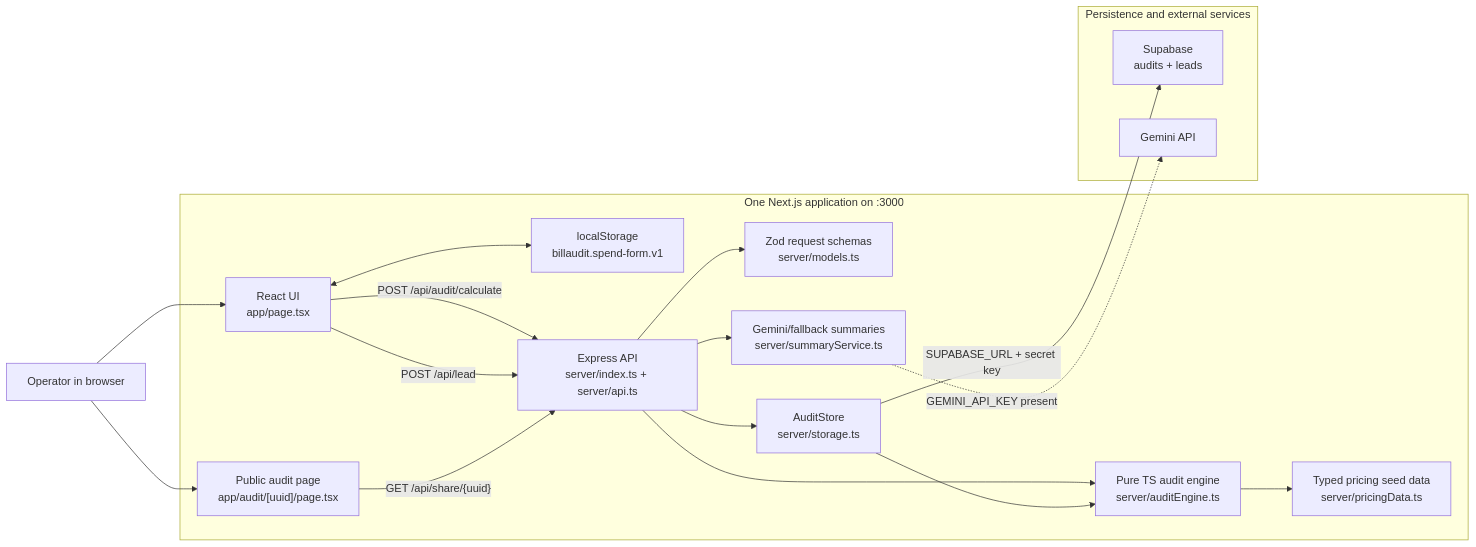
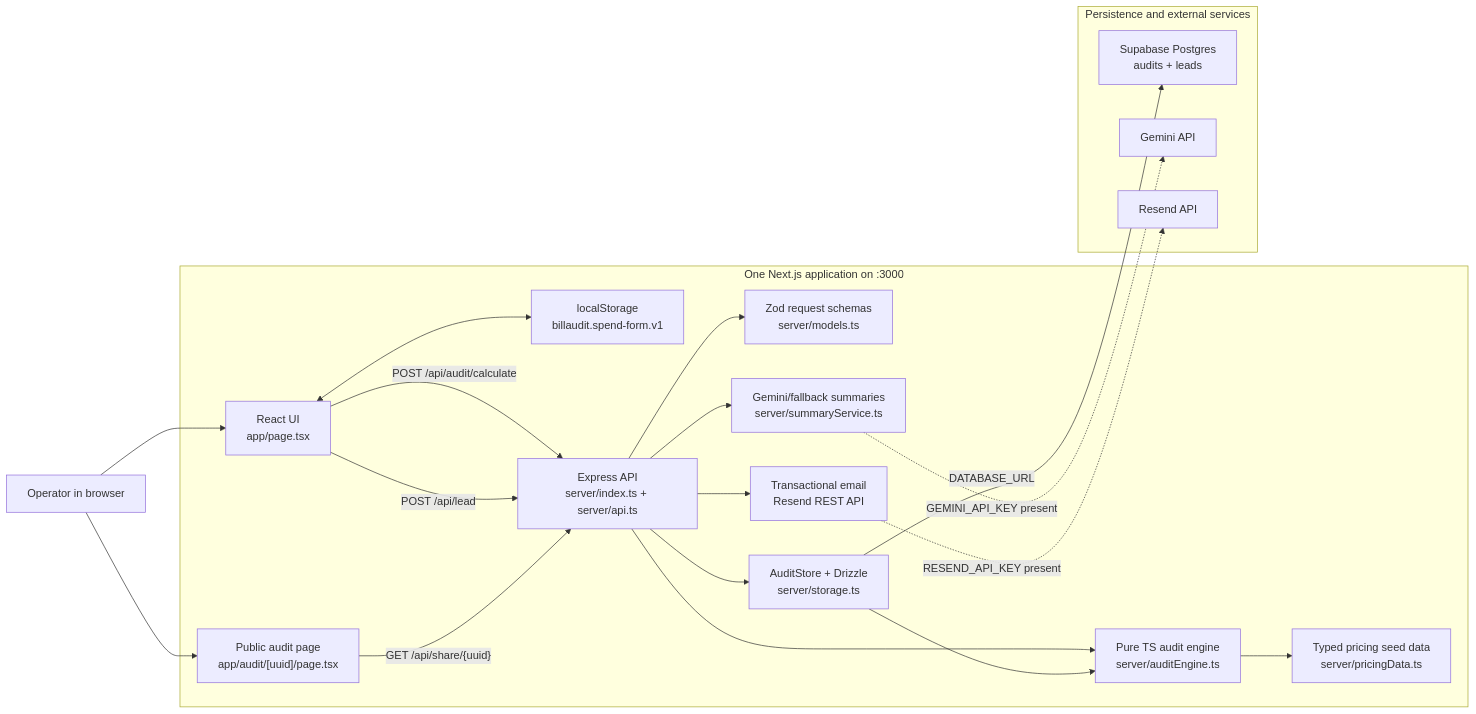
Before and after one commit to Feynmunh/BillAudit.ai: the diagram in docs/ARCHITECTURE.md, drawn with Mermaid. The commit also changed other lines of this file and 20 other files, not shown here.

First line of the commit message:
Migrate persistence to Drizzle/Postgres and add email

````diff
--- a/docs/ARCHITECTURE.md
+++ b/docs/ARCHITECTURE.md
@@ -7,36 +7,40 @@
 ```mermaid
 flowchart LR
     User["Operator in browser"]
 
     subgraph App["One Next.js application on :3000"]
         ReactUI["React UI<br/>app/page.tsx"]
         ShareUI["Public audit page<br/>app/audit/[uuid]/page.tsx"]
         LocalDraft["localStorage<br/>billaudit.spend-form.v1"]
         Express["Express API<br/>server/index.ts + server/api.ts"]
         Engine["Pure TS audit engine<br/>server/auditEngine.ts"]
         Pricing["Typed pricing seed data<br/>server/pricingData.ts"]
         Schemas["Zod request schemas<br/>server/models.ts"]
         Summary["Gemini/fallback summaries<br/>server/summaryService.ts"]
-        Store["AuditStore<br/>server/storage.ts"]
+        Email["Transactional email<br/>Resend REST API"]
+        Store["AuditStore + Drizzle<br/>server/storage.ts"]
     end
 
     subgraph Data["Persistence and external services"]
-        Supabase["Supabase<br/>audits + leads"]
+        Database["Supabase Postgres<br/>audits + leads"]
         Gemini["Gemini API"]
+        Resend["Resend API"]
     end
 
     User --> ReactUI
     User --> ShareUI
     ReactUI <--> LocalDraft
     ReactUI -- "POST /api/audit/calculate" --> Express
     ReactUI -- "POST /api/lead" --> Express
     ShareUI -- "GET /api/share/{uuid}" --> Express
     Express --> Schemas
     Express --> Engine
     Engine --> Pricing
     Express --> Summary
     Summary -. "GEMINI_API_KEY present" .-> Gemini
+    Express --> Email
+    Email -. "RESEND_API_KEY present" .-> Resend
     Express --> Store
-    Store -- "SUPABASE_URL + secret key" --> Supabase
+    Store -- "DATABASE_URL" --> Database
     Store --> Engine
 ```
````
